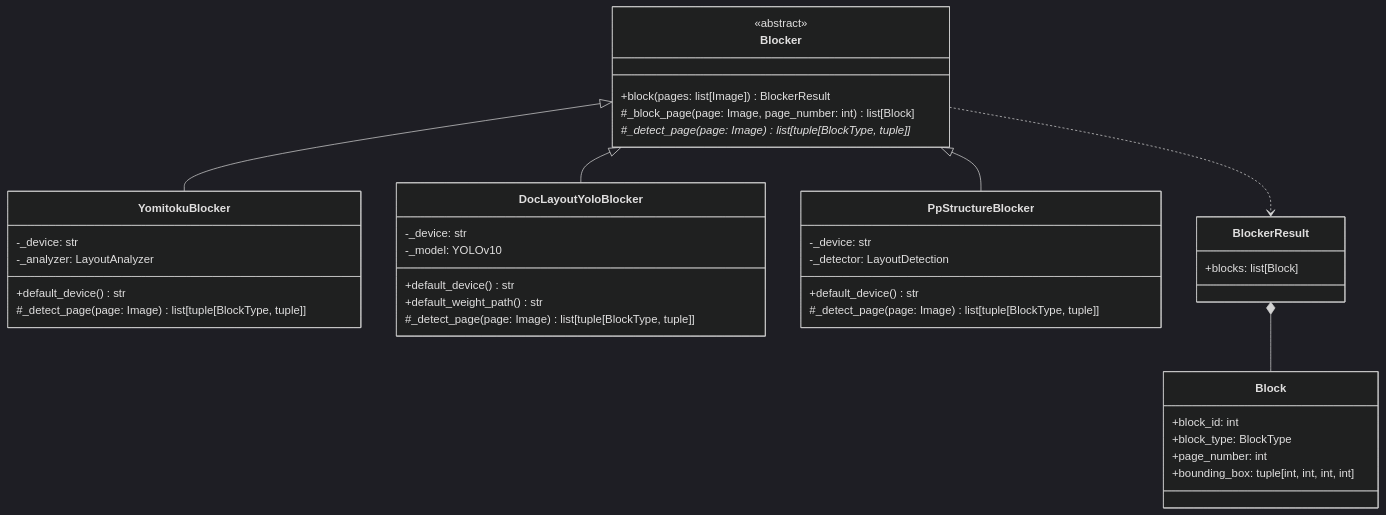
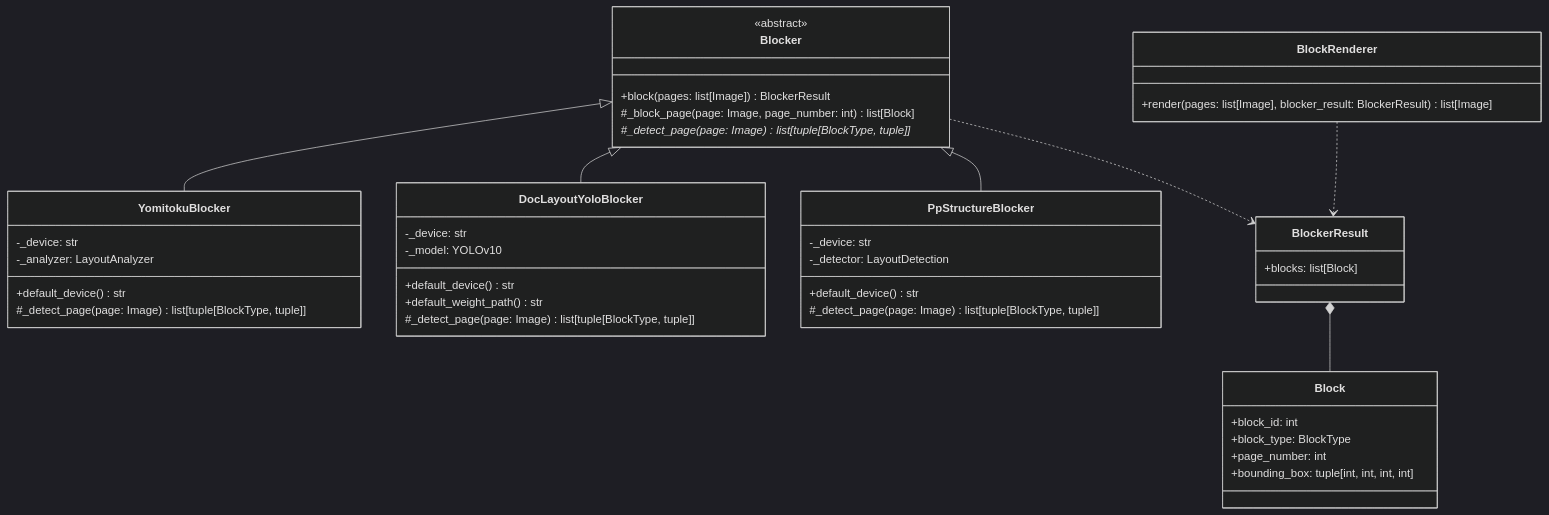
The first of 2 diagrams in Uploader/OcrModule/Blocked/Docs/Blocker.ja.md (konbraphat51/SuperSuat), drawn with Mermaid (dark theme) before and after one commit. The commit also changed other lines of this file and 3 other files, not shown here.

First line of the commit message:
feat: add BlockRenderer to draw block boxes and IDs on pages

````diff
--- a/Uploader/OcrModule/Blocked/Docs/Blocker.ja.md
+++ b/Uploader/OcrModule/Blocked/Docs/Blocker.ja.md
@@ -11,42 +11,46 @@
 ```mermaid
 classDiagram
     class Blocker {
         <<abstract>>
         +block(pages: list[Image]) BlockerResult
         #_block_page(page: Image, page_number: int) list[Block]
         #_detect_page(page: Image) list[tuple[BlockType, tuple]]*
     }
     class YomitokuBlocker {
         -_device: str
         -_analyzer: LayoutAnalyzer
         +default_device() str
         #_detect_page(page: Image) list[tuple[BlockType, tuple]]
     }
     class DocLayoutYoloBlocker {
         -_device: str
         -_model: YOLOv10
         +default_device() str
         +default_weight_path() str
         #_detect_page(page: Image) list[tuple[BlockType, tuple]]
     }
     class PpStructureBlocker {
         -_device: str
         -_detector: LayoutDetection
         +default_device() str
         #_detect_page(page: Image) list[tuple[BlockType, tuple]]
     }
     class BlockerResult {
         +blocks: list[Block]
     }
     class Block {
         +block_id: int
         +block_type: BlockType
         +page_number: int
         +bounding_box: tuple[int, int, int, int]
     }
+    class BlockRenderer {
+        +render(pages: list[Image], blocker_result: BlockerResult) list[Image]
+    }
     Blocker <|-- YomitokuBlocker
     Blocker <|-- DocLayoutYoloBlocker
     Blocker <|-- PpStructureBlocker
     Blocker ..> BlockerResult
     BlockerResult *-- Block
+    BlockRenderer ..> BlockerResult
 ```
````
